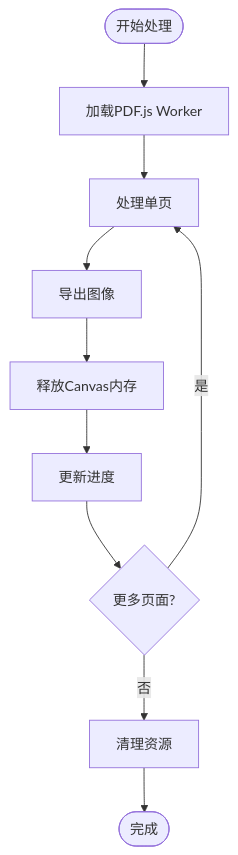
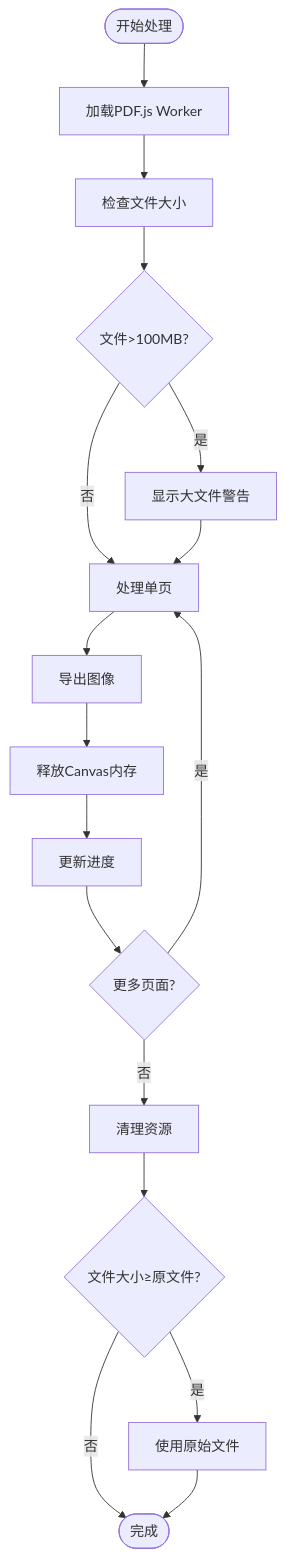
The ninth of 9 diagrams in .qoder/repowiki/zh/content/PDF工具/PDF压缩工具.md (sgyy/privadeck), drawn with Mermaid before and after one commit. The commit also changed other lines of this file and 7 other files, not shown here.

````diff
--- a/.qoder/repowiki/zh/content/PDF工具/PDF压缩工具.md
+++ b/.qoder/repowiki/zh/content/PDF工具/PDF压缩工具.md
@@ -292,12 +511,19 @@
 ```mermaid
 flowchart TD
 Start([开始处理]) --> LoadWorker["加载PDF.js Worker"]
-LoadWorker --> ProcessPage["处理单页"]
+LoadWorker --> CheckFileSize["检查文件大小"]
+CheckFileSize --> LargeFile{"文件>100MB?"}
+LargeFile --> |是| WarnUser["显示大文件警告"]
+LargeFile --> |否| ProcessPage["处理单页"]
+WarnUser --> ProcessPage
 ProcessPage --> ExportImage["导出图像"]
 ExportImage --> ReleaseCanvas["释放Canvas内存"]
 ReleaseCanvas --> UpdateProgress["更新进度"]
 UpdateProgress --> NextPage{"更多页面?"}
 NextPage --> |是| ProcessPage
 NextPage --> |否| Cleanup["清理资源"]
-Cleanup --> End([完成])
+Cleanup --> CheckThreshold{"文件大小≥原文件?"}
+CheckThreshold --> |是| UseOriginal["使用原始文件"]
+CheckThreshold --> |否| End([完成])
+UseOriginal --> End
 ```
````
